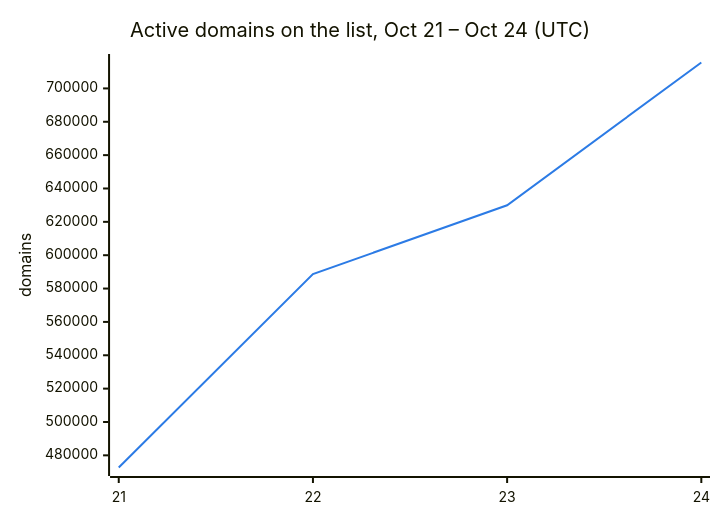
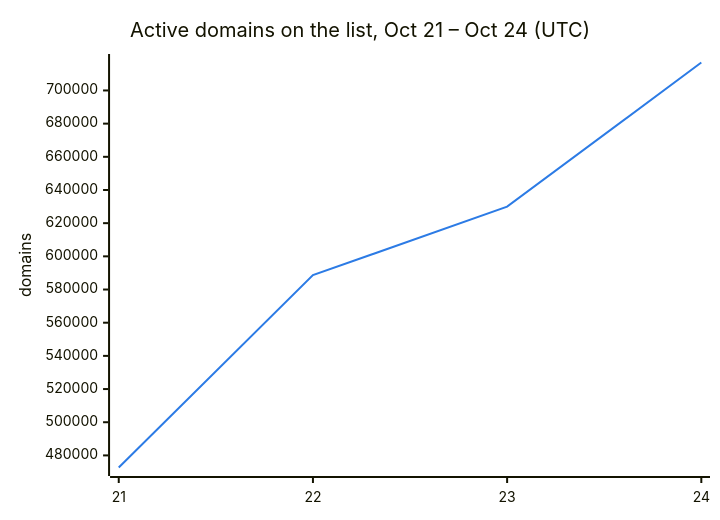
The second of 3 diagrams in README.md (DNSBunker/CTI), drawn with Mermaid before and after one commit. The commit also changed other lines of this file and 3 other files, not shown here.

````diff
--- a/README.md
+++ b/README.md
@@ -38,8 +38,8 @@
 ```mermaid
 %%{init: {"themeVariables": {"xyChart": {"plotColorPalette": "#2c7be5"}}}}%%
 xychart-beta
     title "Active domains on the list, Oct 21 – Oct 24 (UTC)"
     x-axis ["21", "22", "23", "24"]
     y-axis "domains"
-    line [472713, 588659, 629951, 715539]
+    line [472713, 588659, 629951, 716853]
 ```
````
